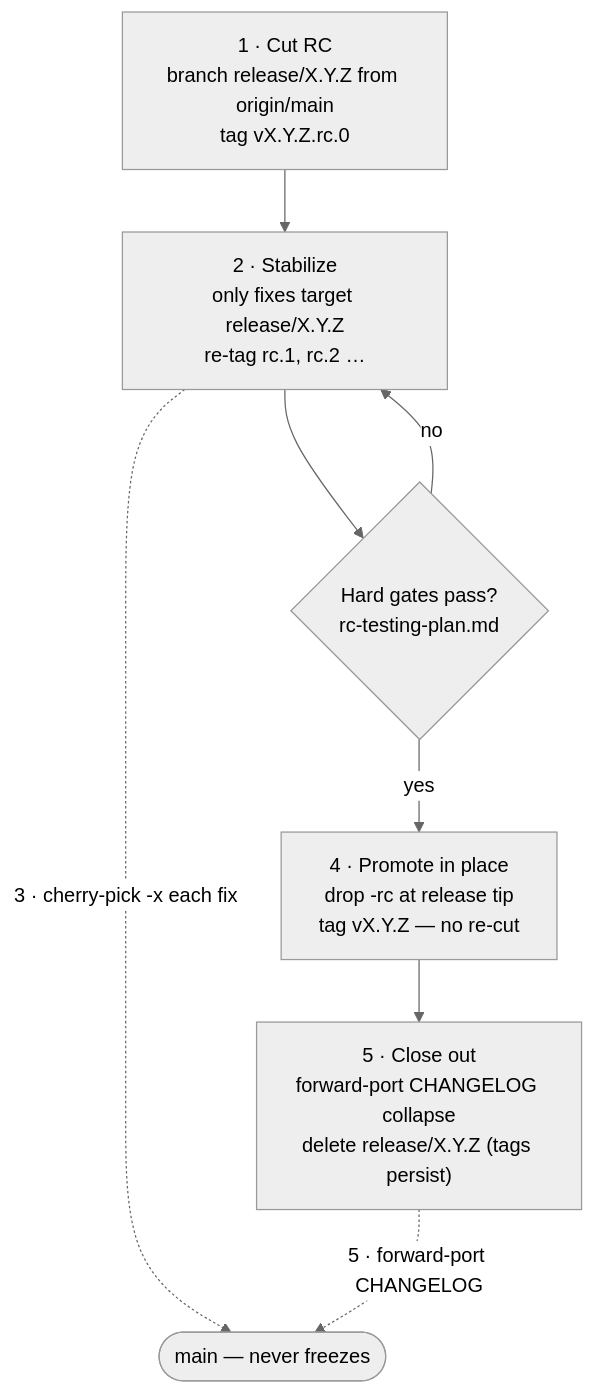
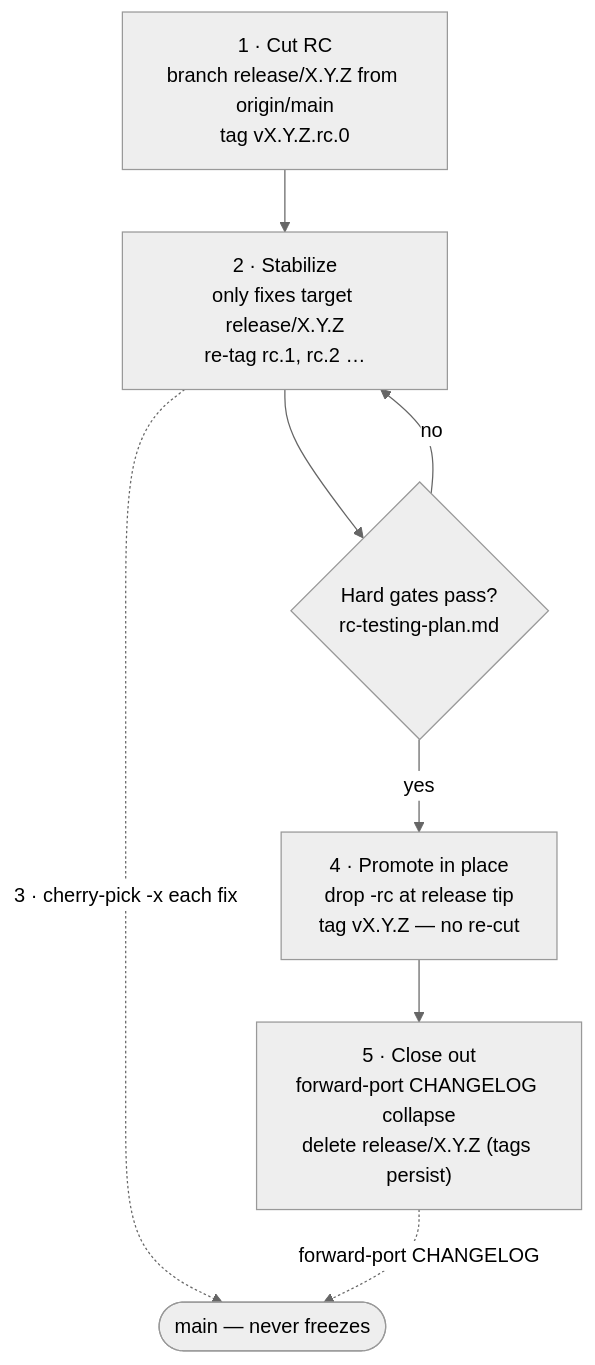
One commit to shakacode/react_on_rails changed the second of 3 diagrams in internal/contributor-info/release-train-runbook.md. Above: the diagram before and after it, drawn with Mermaid (neutral theme). The commit also changed other lines of this file, not shown here.

First line of the commit message:
docs: clarify step-3/step-5 forward-port labels in runbook flow diagram

````diff
--- a/internal/contributor-info/release-train-runbook.md
+++ b/internal/contributor-info/release-train-runbook.md
@@ -109,10 +111,10 @@
 ```mermaid
 flowchart TD
     A["1 · Cut RC<br/>branch release/X.Y.Z from origin/main<br/>tag vX.Y.Z.rc.0"] --> B["2 · Stabilize<br/>only fixes target release/X.Y.Z<br/>re-tag rc.1, rc.2 …"]
     B --> C{"Hard gates pass?<br/>rc-testing-plan.md"}
     C -->|"no"| B
     C -->|"yes"| D["4 · Promote in place<br/>drop -rc at release tip<br/>tag vX.Y.Z — no re-cut"]
     D --> E["5 · Close out<br/>forward-port CHANGELOG collapse<br/>delete release/X.Y.Z (tags persist)"]
     B -.->|"3 · cherry-pick -x each fix"| M(["main — never freezes"])
-    E -.->|"5 · forward-port CHANGELOG"| M
+    E -.->|"forward-port CHANGELOG"| M
 ```
````
